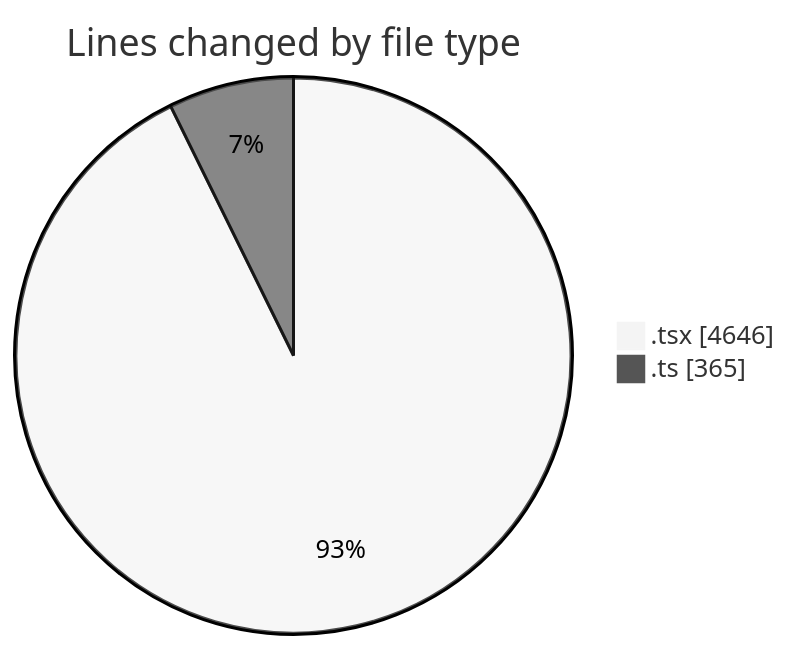
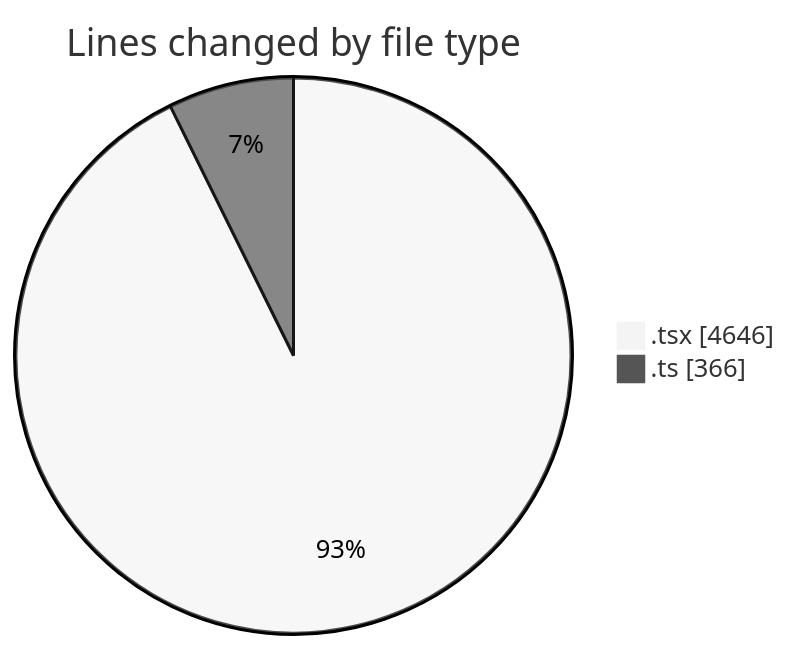
The first of 2 diagrams in 2026-03-15/nxtqube_webapp/README.md (nxtqubesakshisongat/code-tracking), drawn with Mermaid (neutral theme) before and after one commit. The commit also changed other lines of this file and 1 other file, not shown here.

````diff
--- a/2026-03-15/nxtqube_webapp/README.md
+++ b/2026-03-15/nxtqube_webapp/README.md
@@ -25,6 +25,6 @@
 ```mermaid
 pie showData
 title Lines changed by file type
 ".tsx" : 4646
-".ts" : 365
+".ts" : 366
 ```
````
